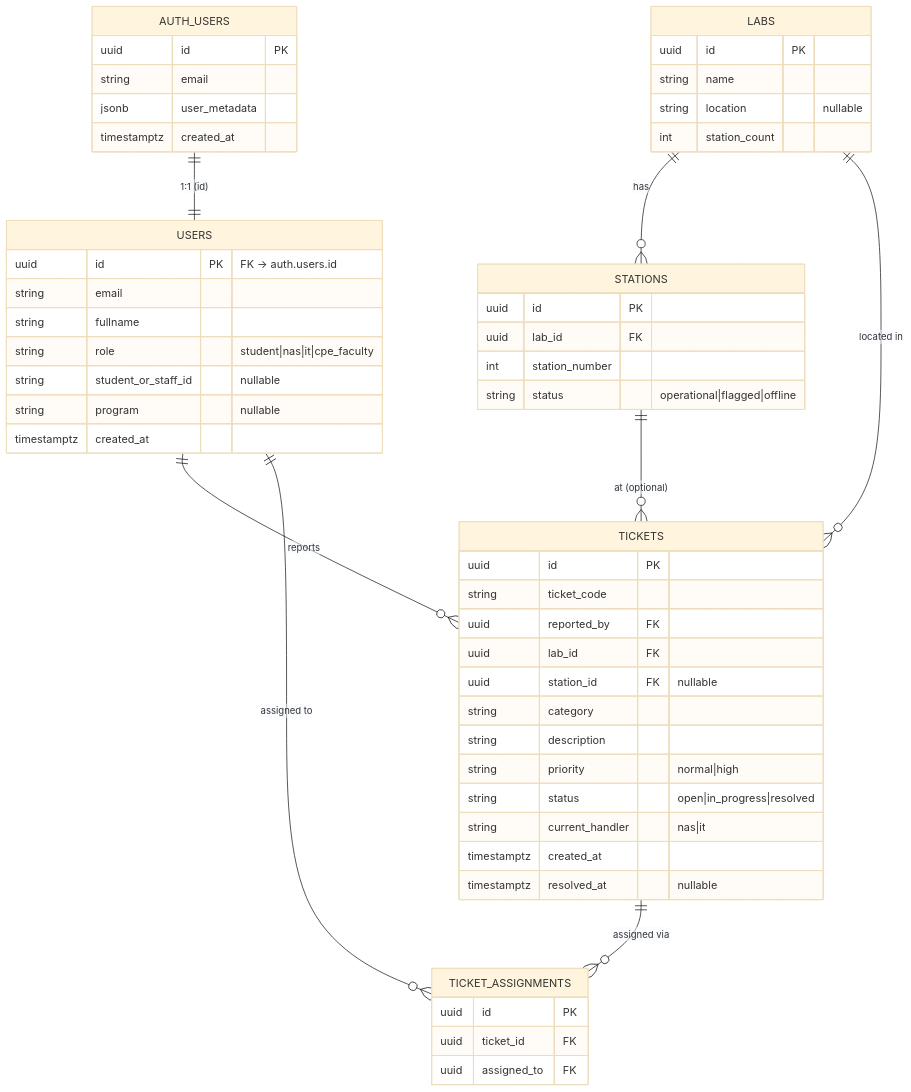
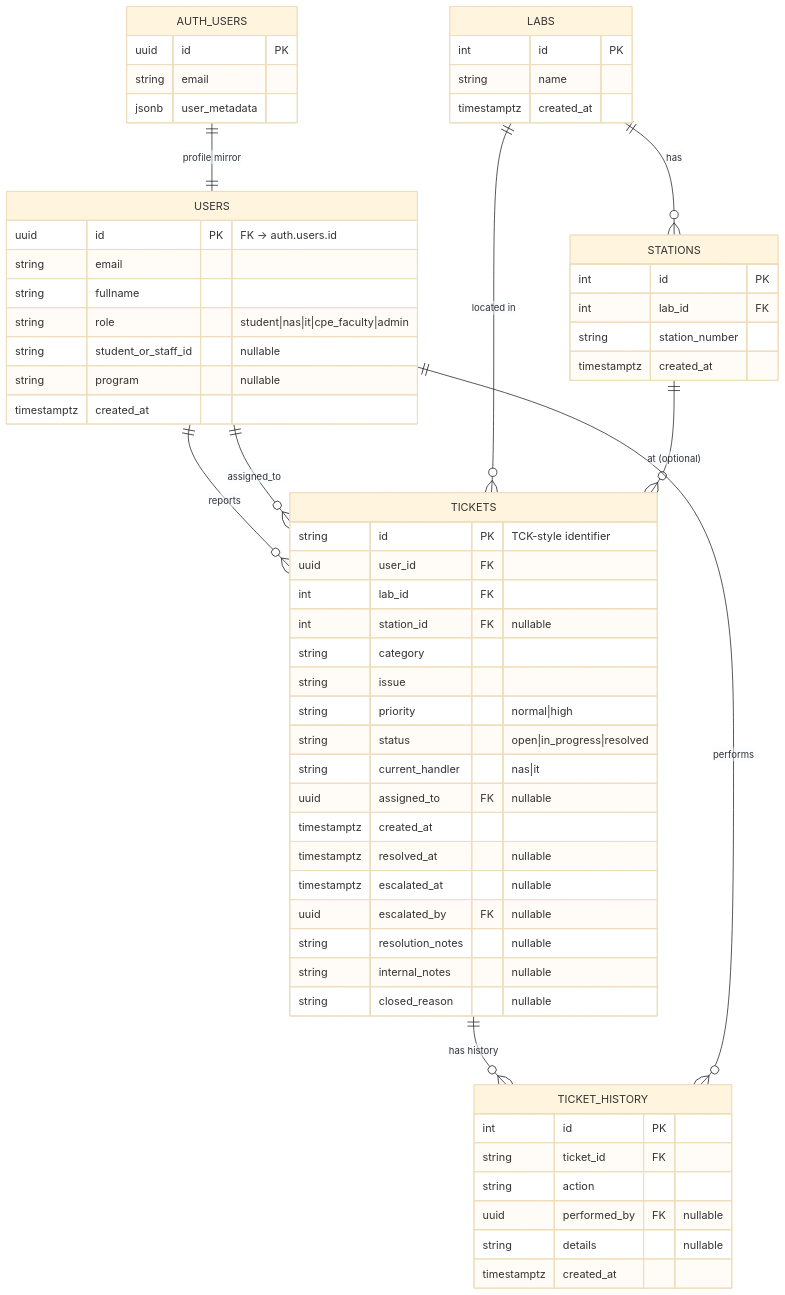
One commit to SeanixReal/Jobelonese changed the diagram in docs/DATA_MODEL.md. Above: the diagram before and after it, drawn with Mermaid (base theme). The commit also changed other lines of this file and 5 other files, not shown here.

Commit message:
Add use case diagram and sync documentation

````diff
--- a/docs/DATA_MODEL.md
+++ b/docs/DATA_MODEL.md
@@ -11,57 +10,64 @@
 ```mermaid
 erDiagram
-    AUTH_USERS ||--|| USERS : "1:1 (id)"
+    AUTH_USERS ||--|| USERS : "profile mirror"
     USERS ||--o{ TICKETS : "reports"
+    USERS ||--o{ TICKETS : "assigned_to"
     LABS ||--o{ STATIONS : "has"
     LABS ||--o{ TICKETS : "located in"
     STATIONS ||--o{ TICKETS : "at (optional)"
-    TICKETS ||--o{ TICKET_ASSIGNMENTS : "assigned via"
-    USERS ||--o{ TICKET_ASSIGNMENTS : "assigned to"
+    TICKETS ||--o{ TICKET_HISTORY : "has history"
+    USERS ||--o{ TICKET_HISTORY : "performs"
 
     AUTH_USERS {
         uuid id PK
         string email
         jsonb user_metadata
-        timestamptz created_at
     }
     USERS {
         uuid id PK "FK -> auth.users.id"
         string email
         string fullname
-        string role "student|nas|it|cpe_faculty"
+        string role "student|nas|it|cpe_faculty|admin"
         string student_or_staff_id "nullable"
         string program "nullable"
         timestamptz created_at
     }
     LABS {
-        uuid id PK
+        int id PK
         string name
-        string location "nullable"
-        int station_count
+        timestamptz created_at
     }
     STATIONS {
-        uuid id PK
-        uuid lab_id FK
-        int station_number
-        string status "operational|flagged|offline"
+        int id PK
+        int lab_id FK
+        string station_number
+        timestamptz created_at
     }
     TICKETS {
-        uuid id PK
-        string ticket_code
-        uuid reported_by FK
-        uuid lab_id FK
-        uuid station_id FK "nullable"
+        string id PK "TCK-style identifier"
+        uuid user_id FK
+        int lab_id FK
+        int station_id FK "nullable"
         string category
-        string description
+        string issue
         string priority "normal|high"
         string status "open|in_progress|resolved"
         string current_handler "nas|it"
+        uuid assigned_to FK "nullable"
         timestamptz created_at
         timestamptz resolved_at "nullable"
+        timestamptz escalated_at "nullable"
+        uuid escalated_by FK "nullable"
+        string resolution_notes "nullable"
+        string internal_notes "nullable"
+        string closed_reason "nullable"
     }
-    TICKET_ASSIGNMENTS {
-        uuid id PK
-        uuid ticket_id FK
-        uuid assigned_to FK
+    TICKET_HISTORY {
+        int id PK
+        string ticket_id FK
+        string action
+        uuid performed_by FK "nullable"
+        string details "nullable"
+        timestamptz created_at
     }
 ```
````
